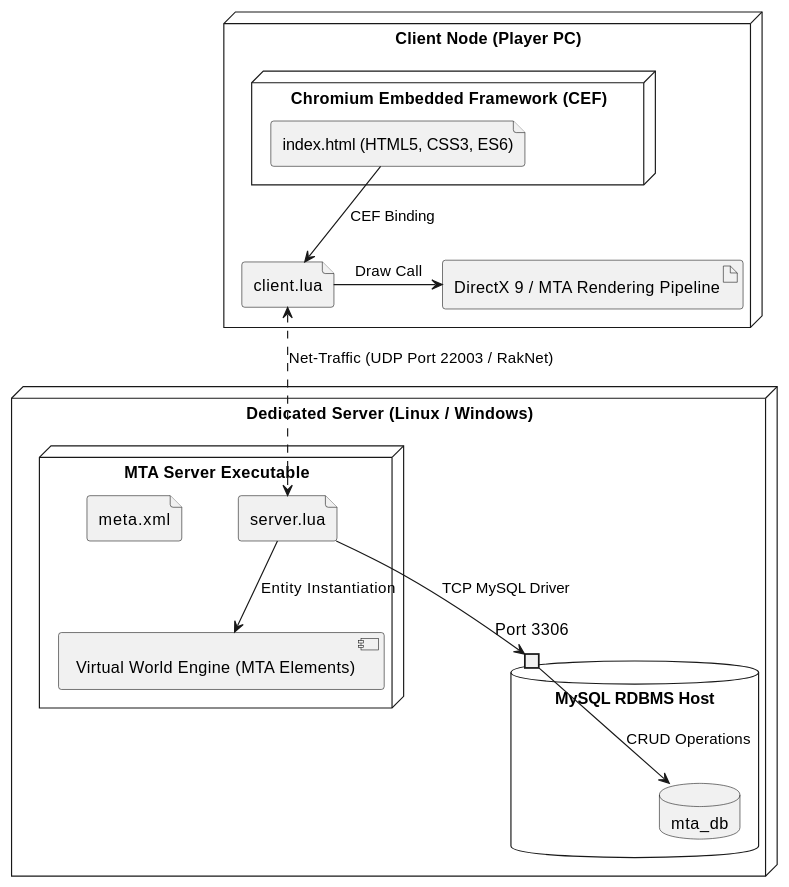
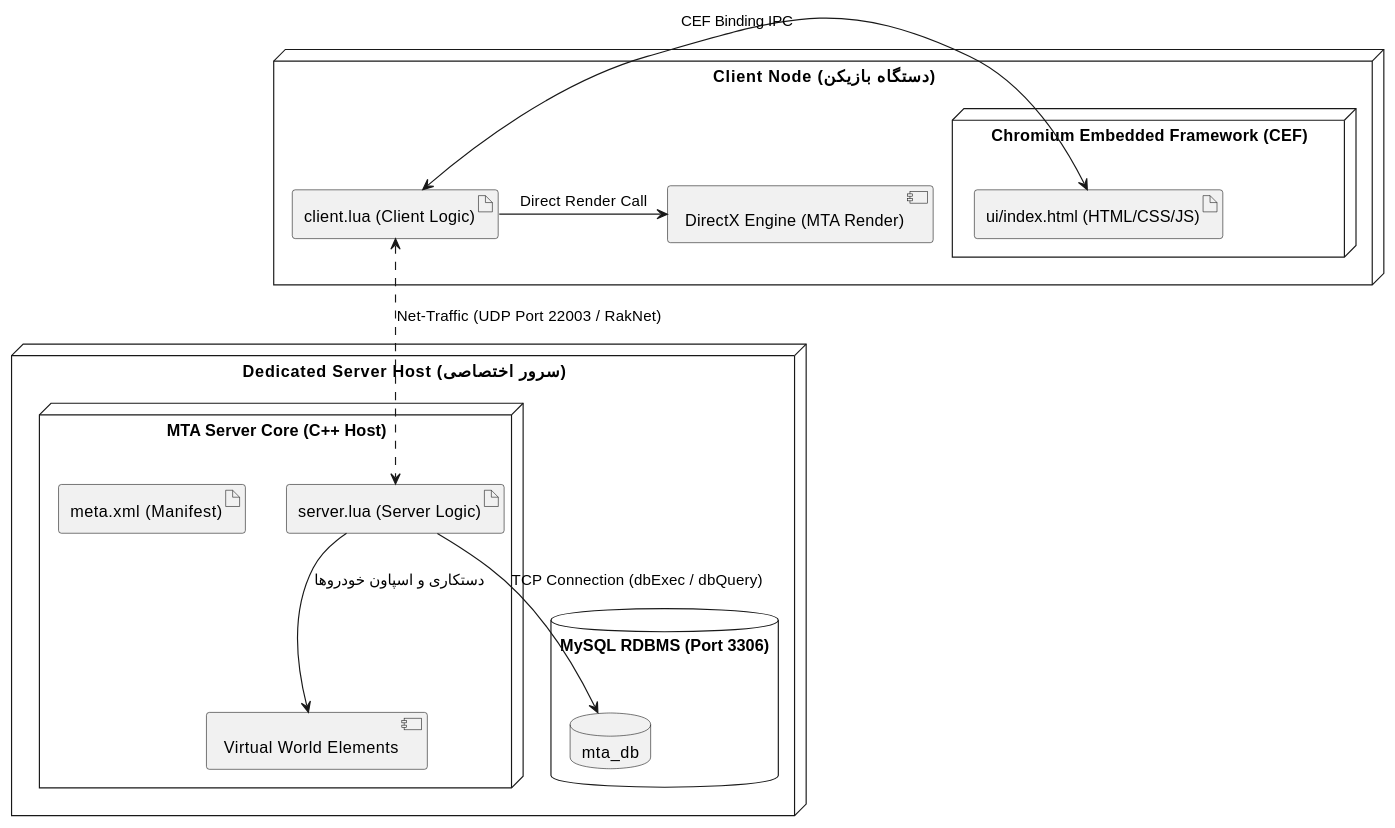
One commit to Silent-Galaxy/SilentRP changed the sixth of 6 diagrams in resources/admin_vehicles/ReadMe.md. Above: the diagram before and after it, drawn with PlantUML. The commit also changed other lines of this file, not shown here.

````diff
--- a/resources/admin_vehicles/ReadMe.md
+++ b/resources/admin_vehicles/ReadMe.md
@@ -220,29 +313,29 @@
+```plantuml
 @startuml
-node "Client Node (Player PC)" {
-  artifact "DirectX 9 / MTA Rendering Pipeline" as RenderPipe
+node "Client Node (دستگاه بازیکن)" {
+  component "DirectX Engine (MTA Render)" as RenderEngine
   node "Chromium Embedded Framework (CEF)" {
-    file "index.html (HTML5, CSS3, ES6)" as UIAsset
+    artifact "ui/index.html (HTML/CSS/JS)" as WebUI
   }
-  file "client.lua" as ClientScript
-  UIAsset -down-> ClientScript : CEF Binding
-  ClientScript -> RenderPipe : Draw Call
+  artifact "client.lua (Client Logic)" as ClientScript
+  WebUI <-> ClientScript : CEF Binding IPC
+  ClientScript -> RenderEngine : Direct Render Call
 }
 
-node "Dedicated Server (Linux / Windows)" {
-  node "MTA Server Executable" {
-    file "server.lua" as ServerScript
-    file "meta.xml" as MetaAsset
-    component "Virtual World Engine (MTA Elements)" as WorldEngine
+node "Dedicated Server Host (سرور اختصاصی)" {
+  node "MTA Server Core (C++ Host)" {
+    artifact "server.lua (Server Logic)" as ServerScript
+    artifact "meta.xml (Manifest)" as MetaAsset
+    component "Virtual World Elements" as WorldElements
   }
-  
-  database "MySQL RDBMS Host" {
-    portin "Port 3306" as P3306
-    database "mta_db" as MTADatabase
+
+  database "MySQL RDBMS (Port 3306)" {
+    database "mta_db" as DBInstance
   }
 }
 
 ClientScript <..> ServerScript : Net-Traffic (UDP Port 22003 / RakNet)
-ServerScript --> WorldEngine : Entity Instantiation
-ServerScript --> P3306 : TCP MySQL Driver
-P3306 --> MTADatabase : CRUD Operations
+ServerScript --> WorldElements : دستکاری و اسپاون خودروها
+ServerScript --> DBInstance : TCP Connection (dbExec / dbQuery)
 @enduml
+```
````
